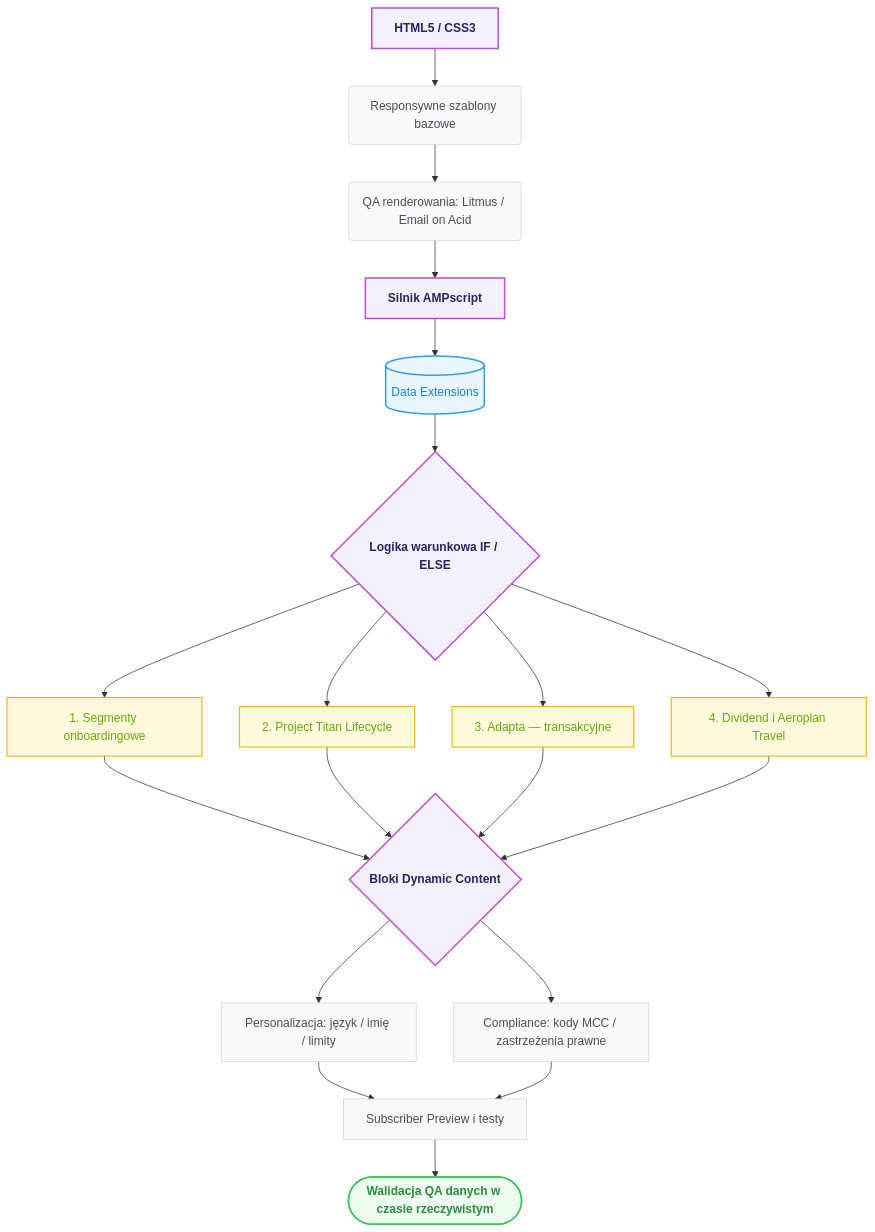
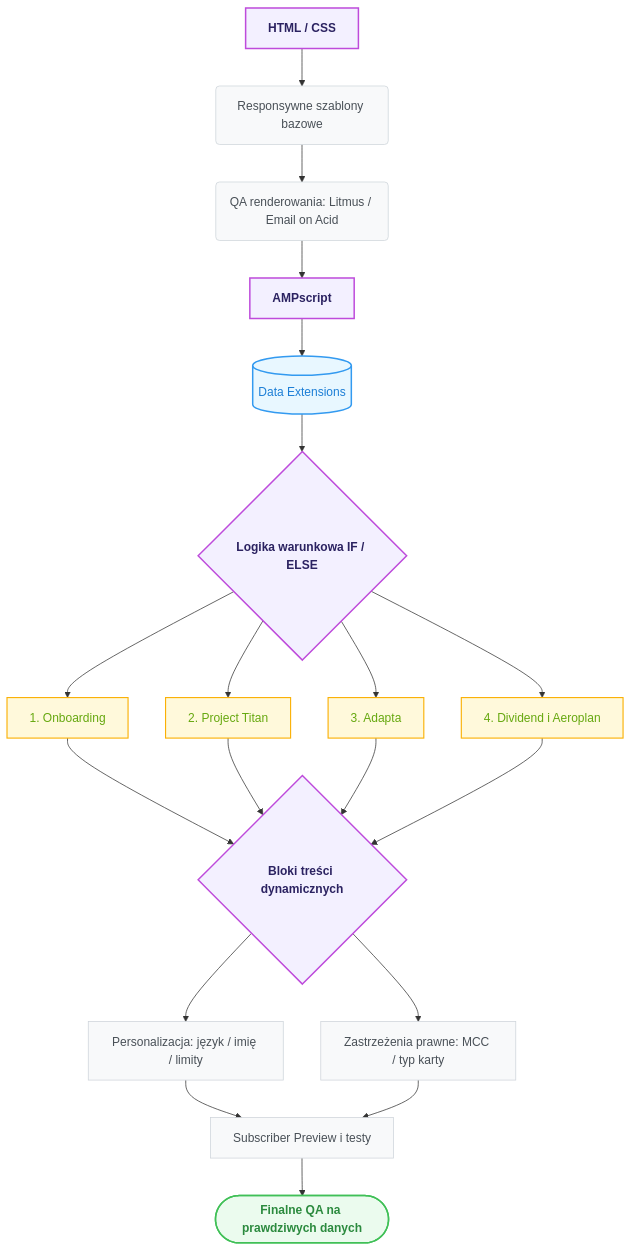
One commit to AngelikaFrontEnd/Dynamic-email-campaign-SFMC_ changed the second of 2 diagrams in readme1.md. Above: the diagram before and after it, drawn with Mermaid. The commit also changed other lines of this file, not shown here.

````diff
--- a/readme1.md
+++ b/readme1.md
@@ -238,33 +214,33 @@
 ```mermaid
 graph TD
-    A[HTML5 / CSS3] --> B(Responsywne szablony bazowe)
+    A[HTML / CSS] --> B(Responsywne szablony bazowe)
     B --> C(QA renderowania: Litmus / Email on Acid)
 
-    C --> D[Silnik AMPscript]
+    C --> D[AMPscript]
     D --> E[(Data Extensions)]
     E --> F{Logika warunkowa IF / ELSE}
     
-    F --> G[1. Segmenty onboardingowe]
-    F --> H[2. Project Titan Lifecycle]
-    F --> I[3. Adapta — transakcyjne]
-    F --> J[4. Dividend i Aeroplan Travel]
+    F --> G[1. Onboarding]
+    F --> H[2. Project Titan]
+    F --> I[3. Adapta]
+    F --> J[4. Dividend i Aeroplan]
 
-    G & H & I & J --> K{Bloki Dynamic Content}
+    G & H & I & J --> K{Bloki treści dynamicznych}
     K --> L[Personalizacja: język / imię / limity]
-    K --> M[Compliance: kody MCC / zastrzeżenia prawne]
+    K --> M[Zastrzeżenia prawne: MCC / typ karty]
 
     L & M --> N[Subscriber Preview i testy]
-    N --> O([Walidacja QA danych w czasie rzeczywistym])
+    N --> O([Finalne QA na prawdziwych danych])
 
     classDef tech fill:#f3f0ff,stroke:#be4bdb,stroke-width:2px,color:#2b2261,font-weight:bold;
     classDef project fill:#fff9db,stroke:#fab005,stroke-width:1.5px,color:#66a80f;
     classDef process fill:#f8f9fa,stroke:#ced4da,stroke-width:1px,color:#495057;
     classDef database fill:#e8f7ff,stroke:#339af0,stroke-width:2px,color:#1c7ed6;
     classDef success fill:#ebfbee,stroke:#40c057,stroke-width:2px,color:#2b8a3e,font-weight:bold;
 
     class A,D,F,K tech;
     class G,H,I,J project;
     class B,C,L,M,N process;
     class E database;
     class O success;
 ```
````
